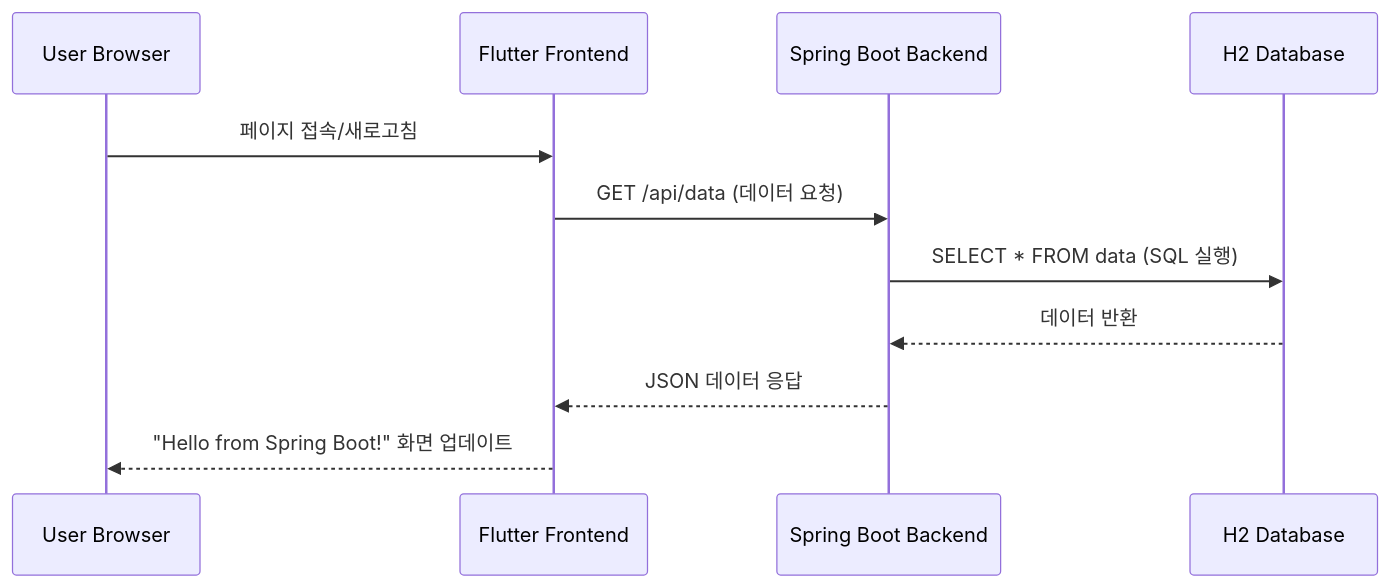
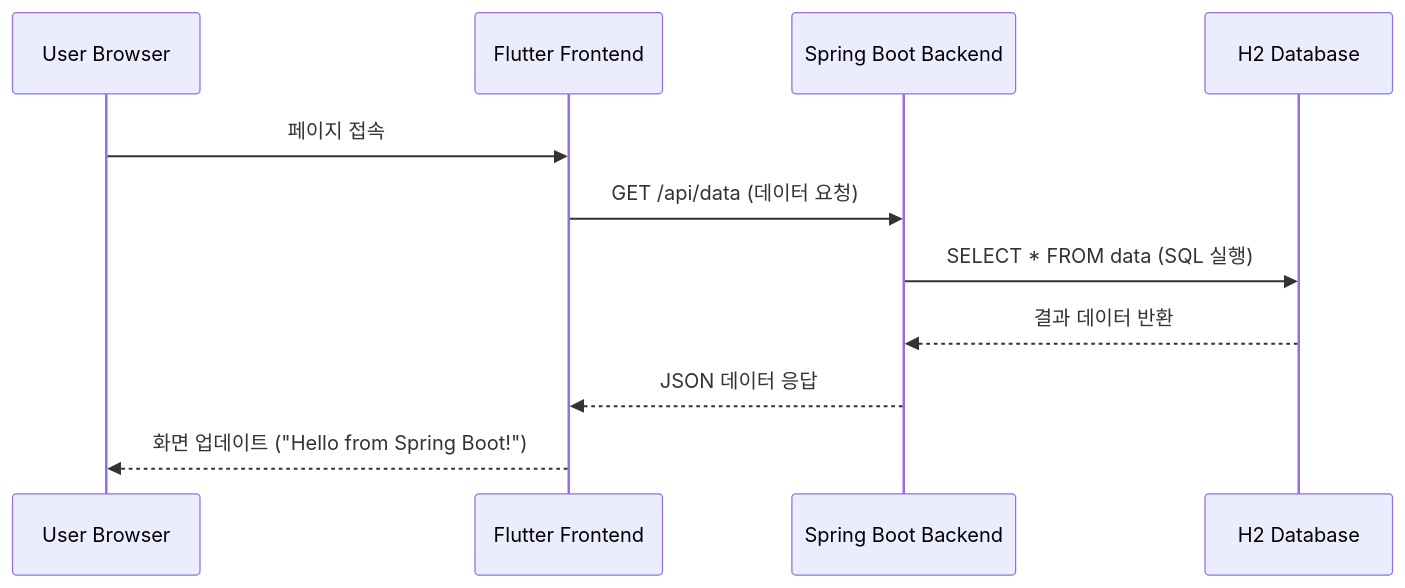
The second of 4 diagrams in README.md (bymond17/docker-flutter-springboot-sample), drawn with Mermaid before and after one commit. The commit also changed other lines of this file, not shown here.

Commit message:
README.md 내용 수정: 프로젝트 설명 간소화 및 Quick Start 섹션 개선, 시스템 아키텍처 및 데이터 흐름 분석 추가

````diff
--- a/README.md
+++ b/README.md
@@ -41,14 +55,14 @@
 ```mermaid
 sequenceDiagram
     participant U as User Browser
     participant F as Flutter Frontend
     participant B as Spring Boot Backend
     participant D as H2 Database
 
-    U->>F: 페이지 접속/새로고침
+    U->>F: 페이지 접속
     F->>B: GET /api/data (데이터 요청)
     B->>D: SELECT * FROM data (SQL 실행)
-    D-->>B: 데이터 반환
+    D-->>B: 결과 데이터 반환
     B-->>F: JSON 데이터 응답
-    F-->>U: "Hello from Spring Boot!" 화면 업데이트
+    F-->>U: 화면 업데이트 ("Hello from Spring Boot!")
 ```
````
